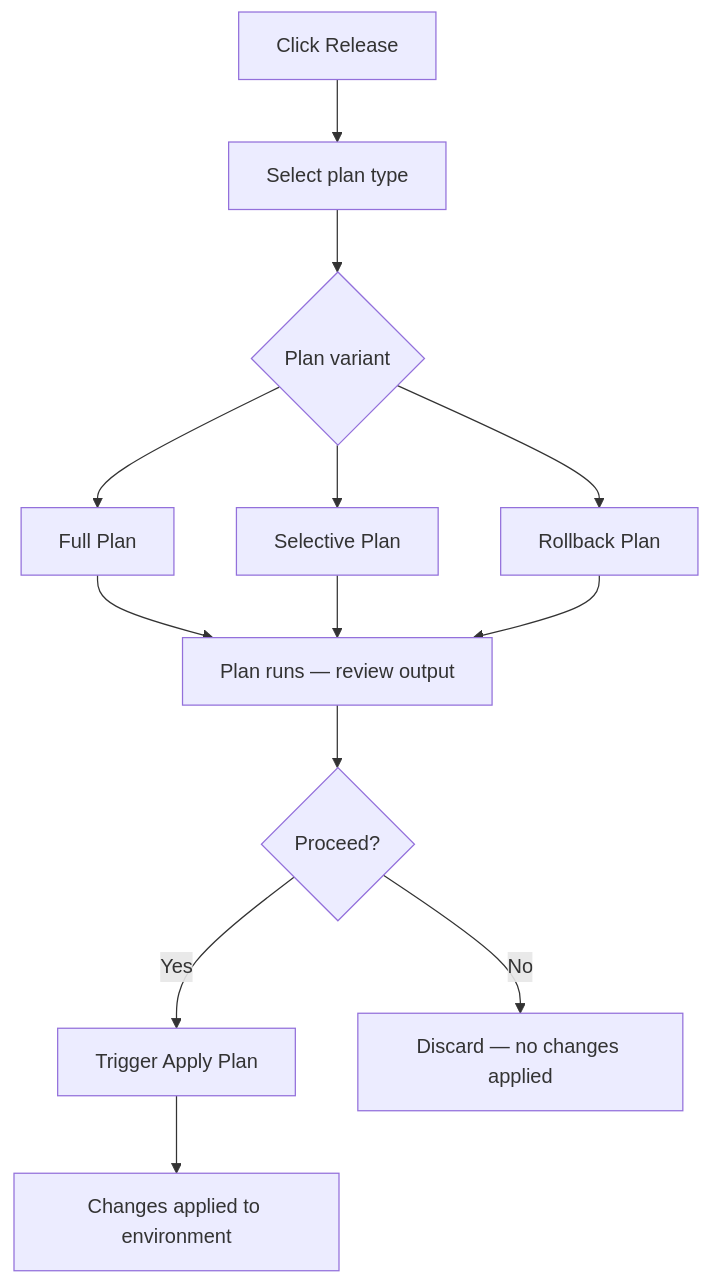
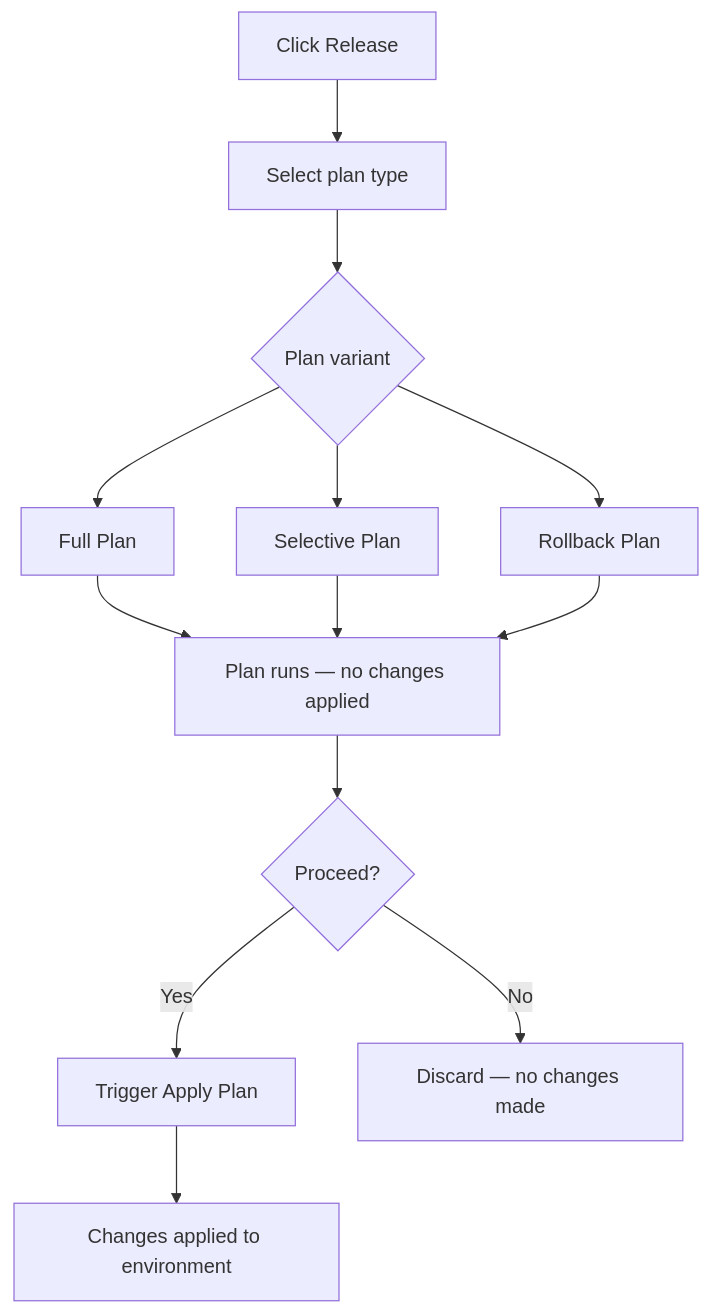
The first of 2 diagrams in docs/releases/performing-releases.md (Facets-cloud/facets-docs), drawn with Mermaid before and after one commit. The commit also changed other lines of this file and 7 other files, not shown here.

````diff
--- a/docs/releases/performing-releases.md
+++ b/docs/releases/performing-releases.md
@@ -79,15 +79,15 @@
 ```mermaid
 flowchart TD
     A[Click Release] --> B[Select plan type]
     B --> C{Plan variant}
     C --> D[Full Plan]
     C --> E[Selective Plan]
     C --> F[Rollback Plan]
-    D --> G[Plan runs — review output]
+    D --> G[Plan runs — no changes applied]
     E --> G
     F --> G
     G --> H{Proceed?}
     H -->|Yes| I[Trigger Apply Plan]
-    H -->|No| J[Discard — no changes applied]
+    H -->|No| J[Discard — no changes made]
     I --> K[Changes applied to environment]
 ```
````
